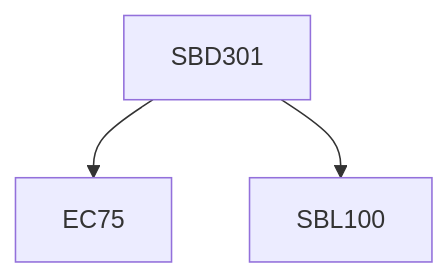
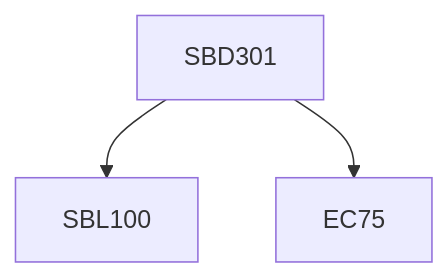
The diagram in content/Biological Sciences/SBD301.md (KeshavBansal0122/CoS_Website), drawn with Mermaid before and after one commit. The commit also changed other lines of this file and 2662 other files, not shown here.

````diff
--- a/content/Biological Sciences/SBD301.md
+++ b/content/Biological Sciences/SBD301.md
@@ -13,9 +13,9 @@
 ```mermaid
 flowchart TD
 SBD301-674[SBD301]
+SBD301-674 --> SBL100-674[SBL100]
 SBD301-674 --> EC75-674[EC75]
-SBD301-674 --> SBL100-674[SBL100]
 
 classDef empty height:17px, fill:transparent, stroke:transparent;
 classDef trueEmpty height:0px, width:0px;
 ```
````
